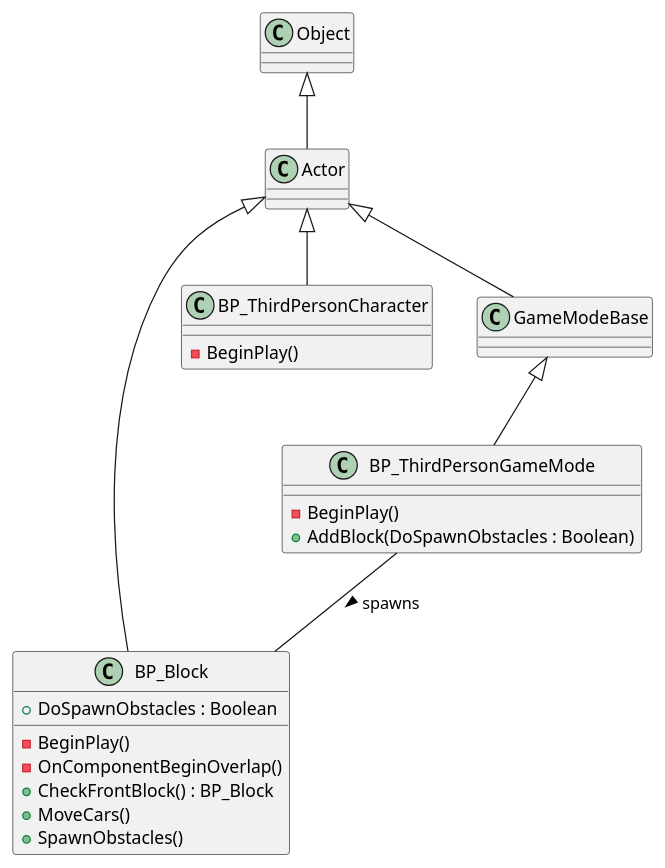
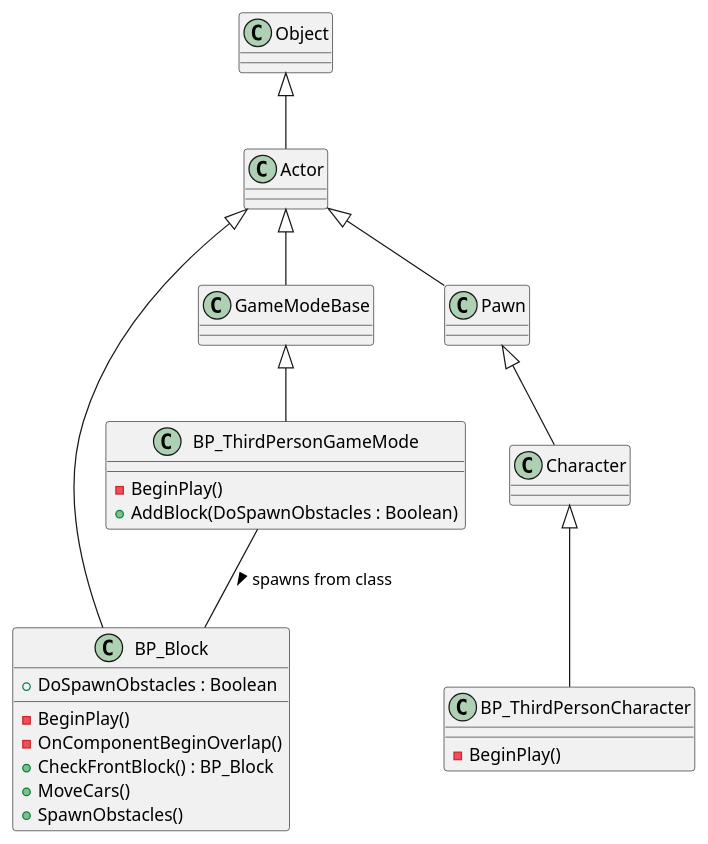
The diagram in Classes.puml (migrosdata/unreal-endless-runner), drawn with PlantUML before and after one commit.

Commit message:
Add pawn class

```diff
--- a/Classes.puml
+++ b/Classes.puml
@@ -1,27 +1,29 @@
 @startuml
 class BP_Block {
     -BeginPlay()
     -OnComponentBeginOverlap()
     +DoSpawnObstacles : Boolean
     +CheckFrontBlock() : BP_Block
     +MoveCars()
     +SpawnObstacles()
 } 
 
 class BP_ThirdPersonGameMode {
     -BeginPlay()
     +AddBlock(DoSpawnObstacles : Boolean)
 }
 
 class BP_ThirdPersonCharacter {
     -BeginPlay()
 }
 
 
 Object <|-- Actor
 Actor  <|-- GameModeBase
-Actor  <|-- BP_ThirdPersonCharacter
+Character <|-- BP_ThirdPersonCharacter
+Pawn <|-- Character
+Actor  <|-- Pawn
 Actor  <|-- BP_Block
 GameModeBase <|-- BP_ThirdPersonGameMode
-BP_ThirdPersonGameMode--BP_Block : > spawns
+BP_ThirdPersonGameMode--BP_Block : > spawns from class
 @enduml
```
